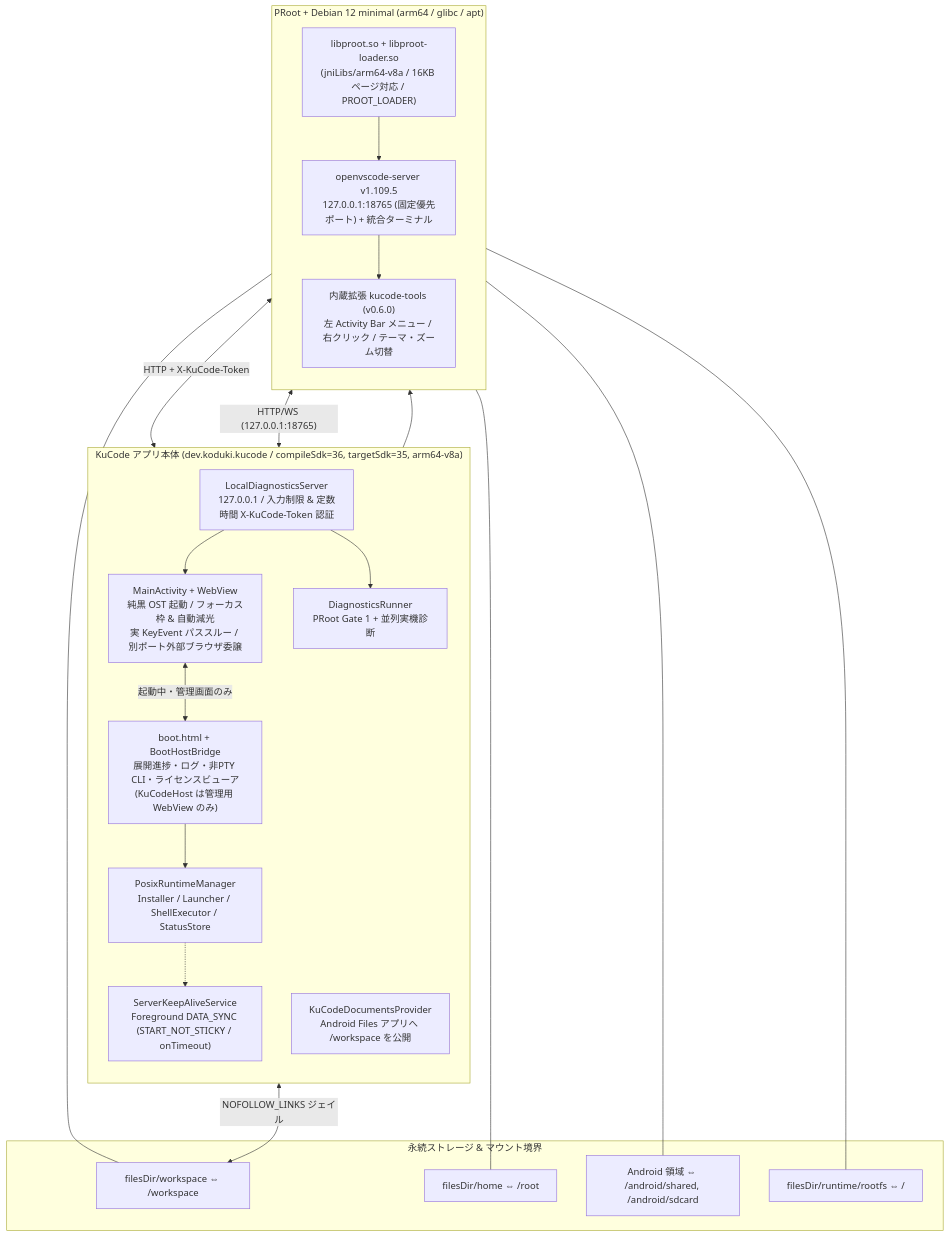
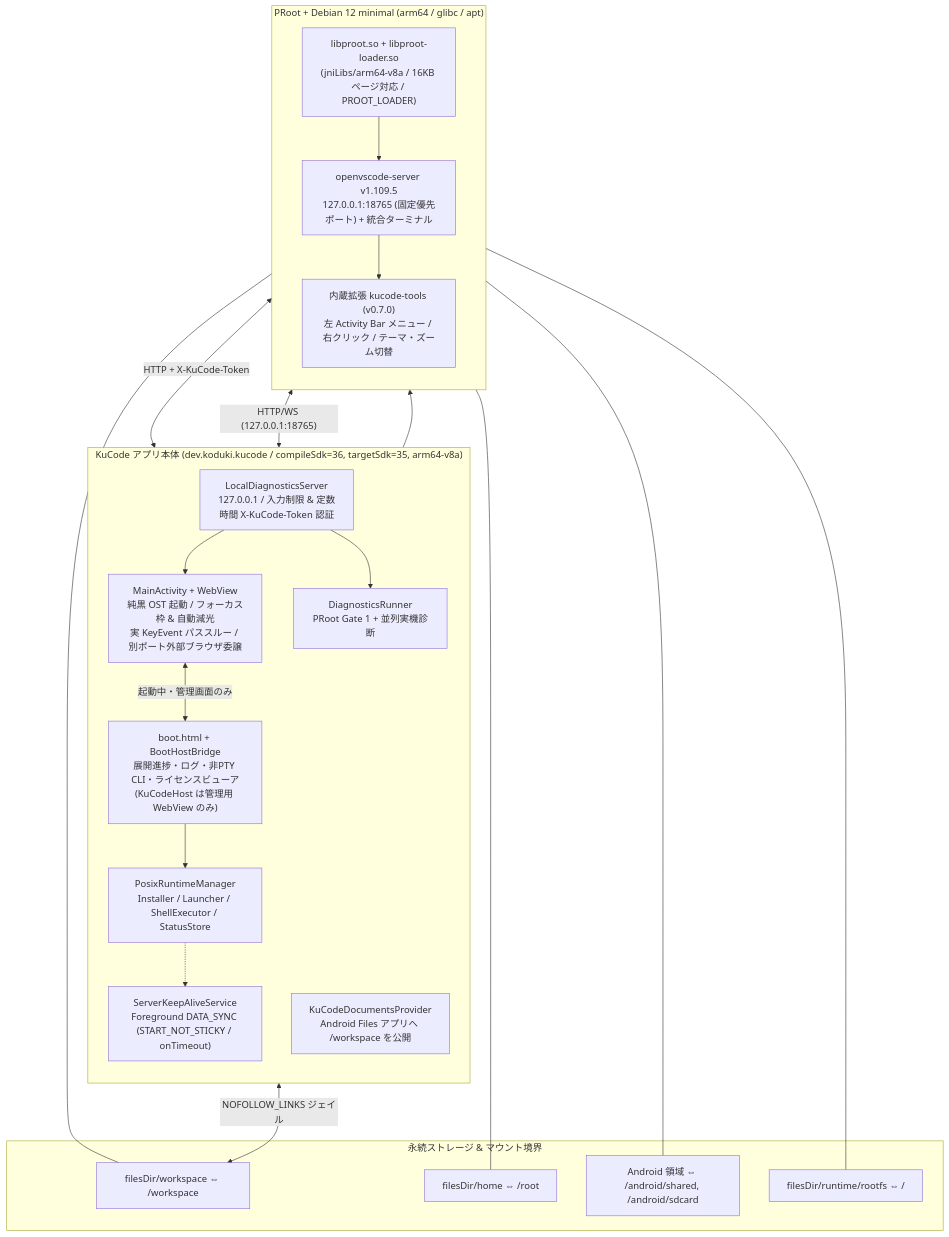
Before and after one commit to koduki/3d-editor: the diagram in README.md, drawn with Mermaid. The commit also changed 5 other files, not shown here.

````diff
--- a/README.md
+++ b/README.md
@@ -85,43 +85,43 @@
 ```mermaid
 flowchart TB
     subgraph AndroidXR["KuCode アプリ本体 (dev.koduki.kucode / compileSdk=36, targetSdk=35, arm64-v8a)"]
         direction TB
         MA["MainActivity + WebView<br/>純黒 OST 起動 / フォーカス枠 & 自動減光<br/>実 KeyEvent パススルー / 別ポート外部ブラウザ委譲"]
         BOOT["boot.html + BootHostBridge<br/>展開進捗・ログ・非PTY CLI・ライセンスビューア<br/>(KuCodeHost は管理用 WebView のみ)"]
         ADMIN["LocalDiagnosticsServer<br/>127.0.0.1 / 入力制限 & 定数時間 X-KuCode-Token 認証"]
         DIAG["DiagnosticsRunner<br/>PRoot Gate 1 + 並列実機診断"]
         DOC["KuCodeDocumentsProvider<br/>Android Files アプリへ /workspace を公開"]
         FGS["ServerKeepAliveService<br/>Foreground DATA_SYNC (START_NOT_STICKY / onTimeout)"]
         PRM["PosixRuntimeManager<br/>Installer / Launcher / ShellExecutor / StatusStore"]
     end
 
     subgraph Guest["PRoot + Debian 12 minimal (arm64 / glibc / apt)"]
         direction TB
         PROOT["libproot.so + libproot-loader.so<br/>(jniLibs/arm64-v8a / 16KB ページ対応 / PROOT_LOADER)"]
         VSC["openvscode-server v1.109.5<br/>127.0.0.1:18765 (固定優先ポート) + 統合ターミナル"]
-        EXT["内蔵拡張 kucode-tools (v0.6.0)<br/>左 Activity Bar メニュー / 右クリック / テーマ・ズーム切替"]
+        EXT["内蔵拡張 kucode-tools (v0.7.0)<br/>左 Activity Bar メニュー / 右クリック / テーマ・ズーム切替"]
     end
 
     subgraph Storage["永続ストレージ & マウント境界"]
         WS["filesDir/workspace ⇔ /workspace"]
         HOME["filesDir/home ⇔ /root"]
         AND["Android 領域 ⇔ /android/shared, /android/sdcard"]
         ROOTFS["filesDir/runtime/rootfs ⇔ /"]
     end
 
     MA <-->|"HTTP/WS (127.0.0.1:18765)"| VSC
     MA <-->|"起動中・管理画面のみ"| BOOT
     BOOT --> PRM
     EXT <-->|"HTTP + X-KuCode-Token"| ADMIN
     ADMIN --> DIAG
     ADMIN --> MA
     PRM --> PROOT
     PROOT --> VSC
     VSC --> EXT
     PRM -.-> FGS
     DOC <-->|"NOFOLLOW_LINKS ジェイル"| WS
     PROOT --- WS
     PROOT --- HOME
     PROOT --- AND
     PROOT --- ROOTFS
 ```
````
